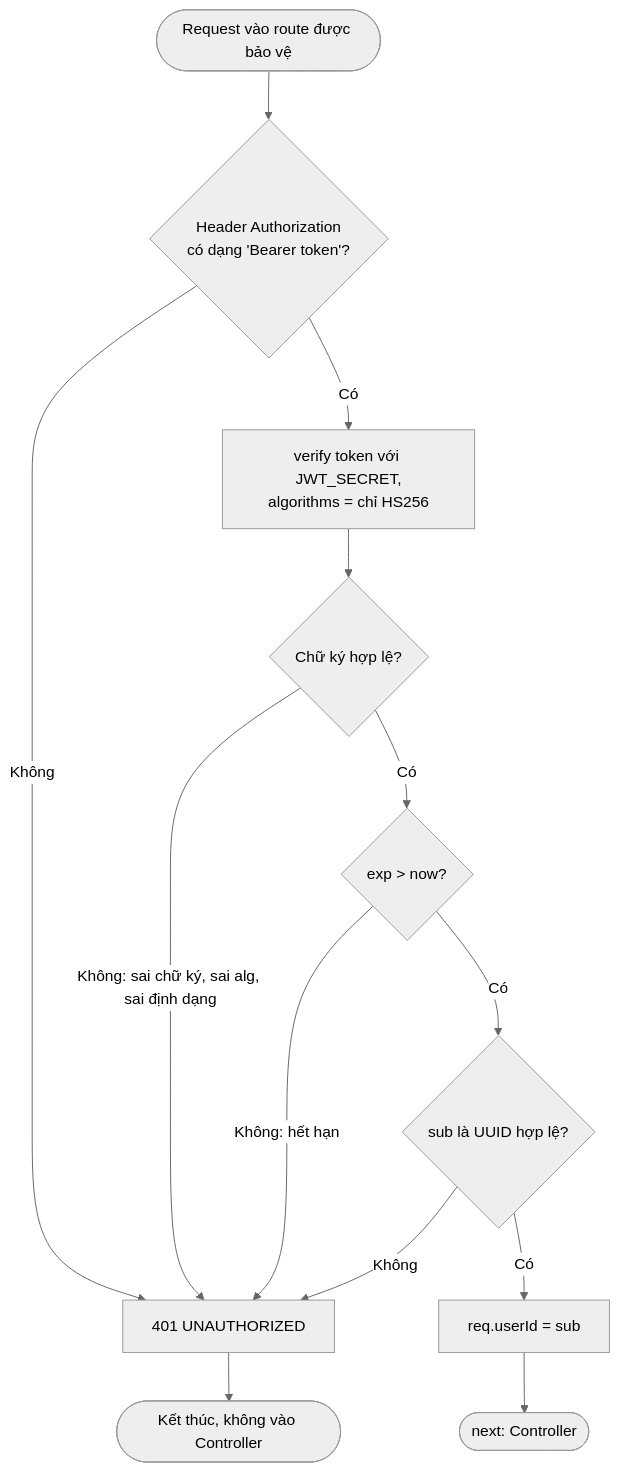
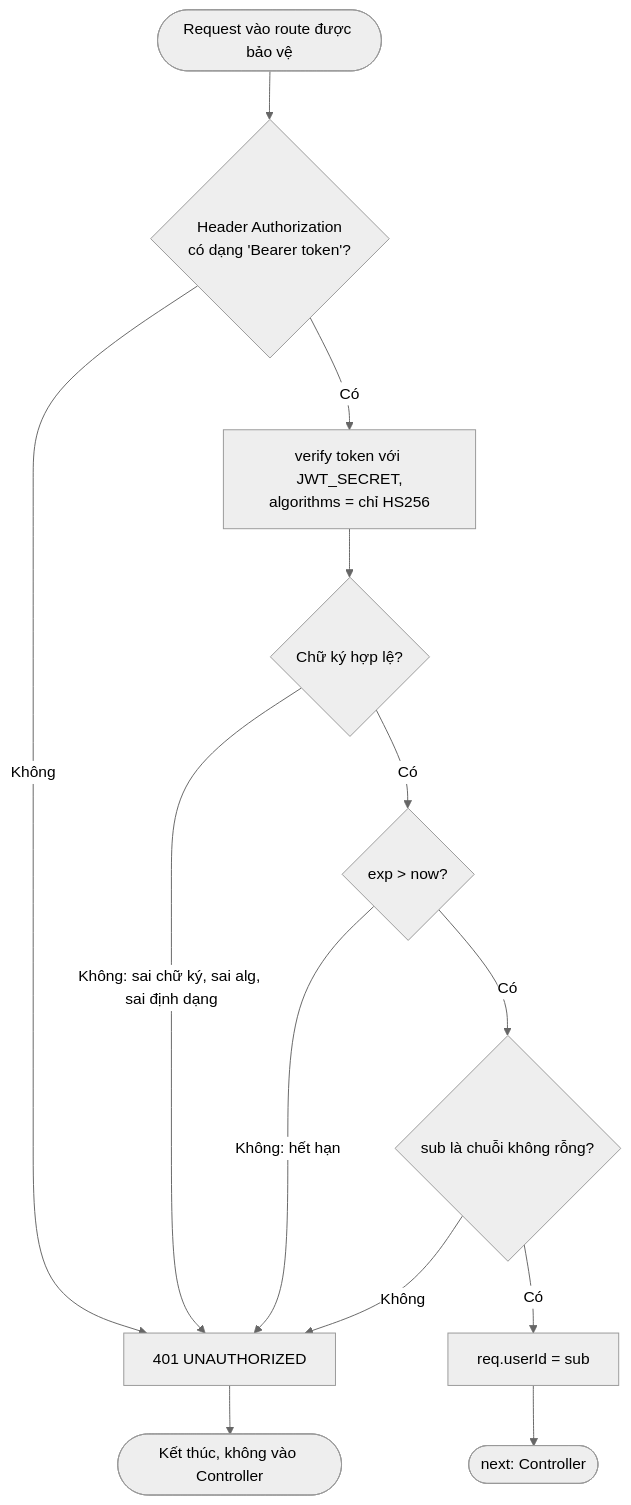
One commit to NMCNPM-StudySync/StudySync changed the fourth of 9 diagrams in docs/tv1-detailed-design.md. Above: the diagram before and after it, drawn with Mermaid. The commit also changed other lines of this file and 1 other file, not shown here.

First line of the commit message:
docs(m3): tích hợp thiết kế chi tiết TV1 và mục bảo mật 7.1, 7.2 (#155) (#172)

````diff
--- a/docs/tv1-detailed-design.md
+++ b/docs/tv1-detailed-design.md
@@ -165,16 +217,16 @@
 ```mermaid
 %%{init: {'theme': 'neutral'}}%%
 flowchart TD
     A([Request vào route được bảo vệ]) --> B{Header Authorization<br/>có dạng 'Bearer token'?}
     B -->|Không| E401[401 UNAUTHORIZED]
     B -->|Có| C[verify token với JWT_SECRET,<br/>algorithms = chỉ HS256]
     C --> D{Chữ ký hợp lệ?}
     D -->|Không: sai chữ ký, sai alg, sai định dạng| E401
     D -->|Có| F{exp > now?}
     F -->|Không: hết hạn| E401
-    F -->|Có| G{sub là UUID hợp lệ?}
+    F -->|Có| G{sub là chuỗi không rỗng?}
     G -->|Không| E401
     G -->|Có| H[req.userId = sub]
     H --> I([next: Controller])
     E401 --> Z([Kết thúc, không vào Controller])
 ```
````
